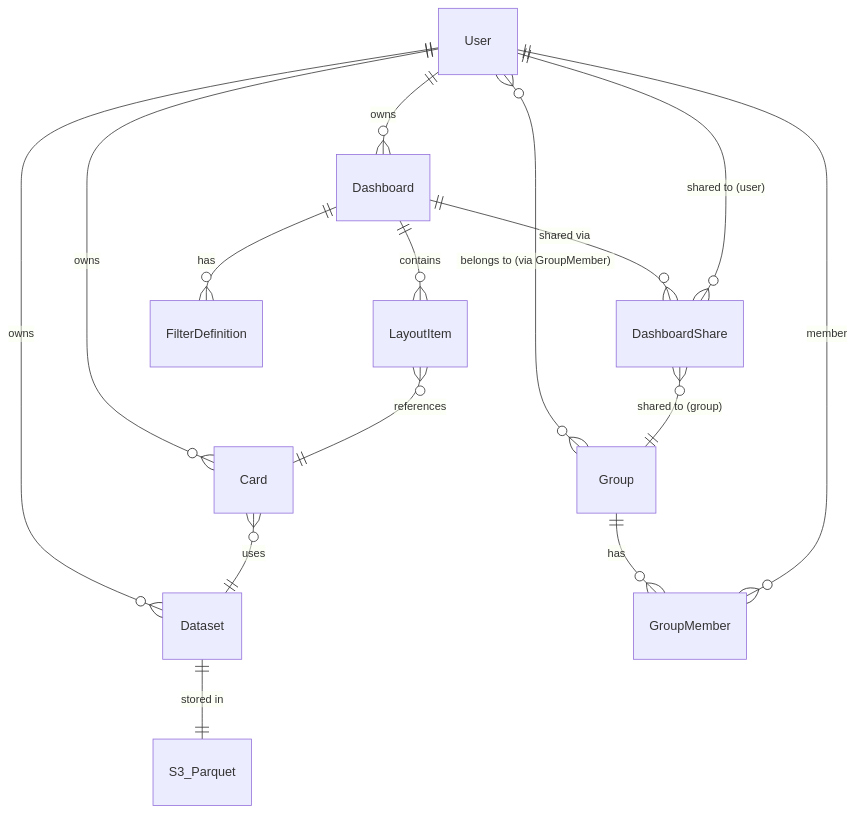
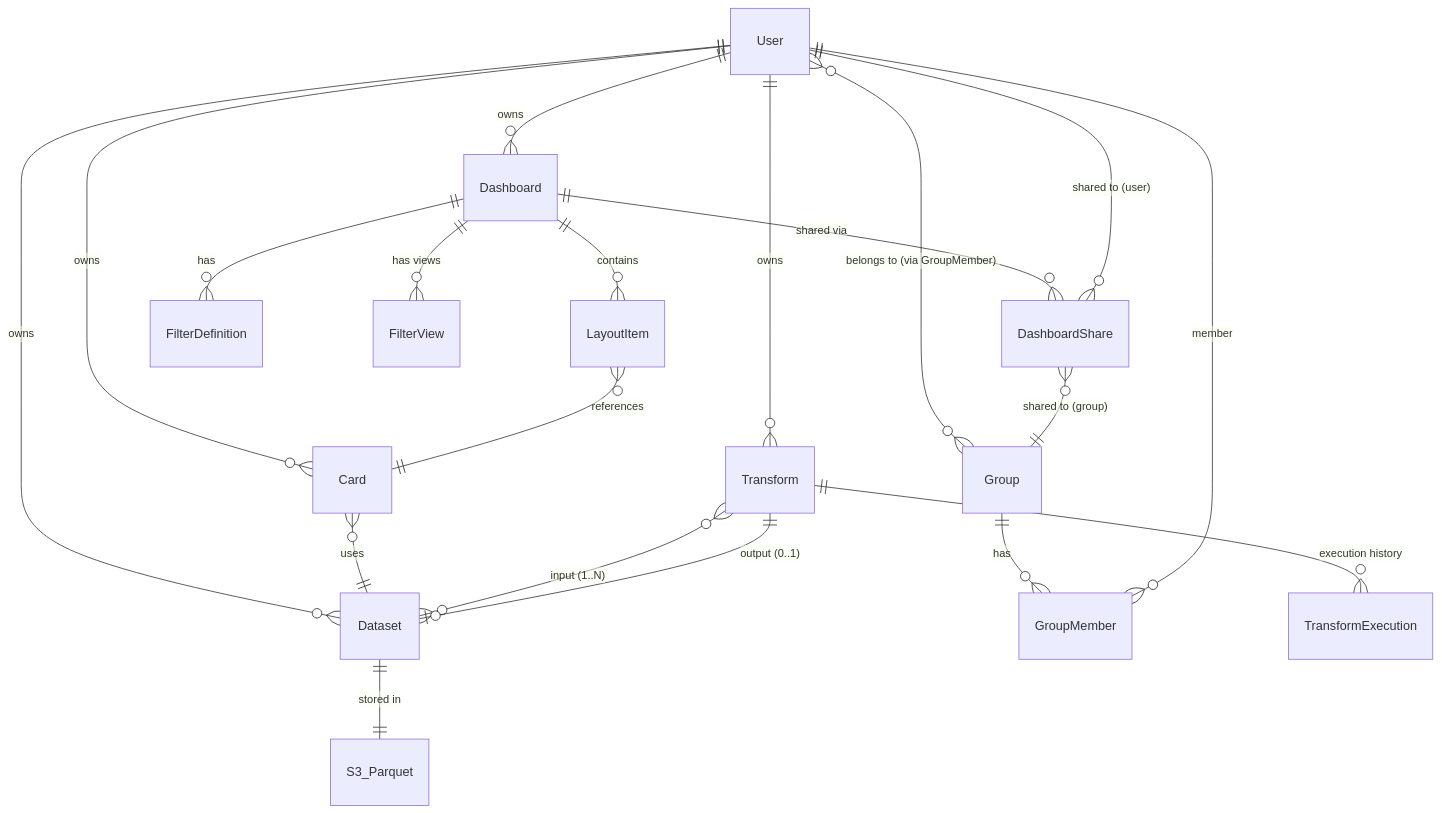
The diagram in codemaps/data.md (tndhk/No42_work_bi_CC), drawn with Mermaid before and after one commit. The commit also changed other lines of this file and 13 other files, not shown here.

````diff
--- a/codemaps/data.md
+++ b/codemaps/data.md
@@ -519,17 +670,22 @@
 ```mermaid
 erDiagram
     User ||--o{ Dataset : "owns"
     User ||--o{ Card : "owns"
     User ||--o{ Dashboard : "owns"
+    User ||--o{ Transform : "owns"
     User }o--o{ Group : "belongs to (via GroupMember)"
     Dashboard ||--o{ DashboardShare : "shared via"
     DashboardShare }o--|| User : "shared to (user)"
     DashboardShare }o--|| Group : "shared to (group)"
     Group ||--o{ GroupMember : "has"
     GroupMember }o--|| User : "member"
     Dashboard ||--o{ LayoutItem : "contains"
     Dashboard ||--o{ FilterDefinition : "has"
+    Dashboard ||--o{ FilterView : "has views"
     LayoutItem }o--|| Card : "references"
     Card }o--|| Dataset : "uses"
     Dataset ||--|| S3_Parquet : "stored in"
+    Transform }o--o{ Dataset : "input (1..N)"
+    Transform ||--o| Dataset : "output (0..1)"
+    Transform ||--o{ TransformExecution : "execution history"
 ```
````
